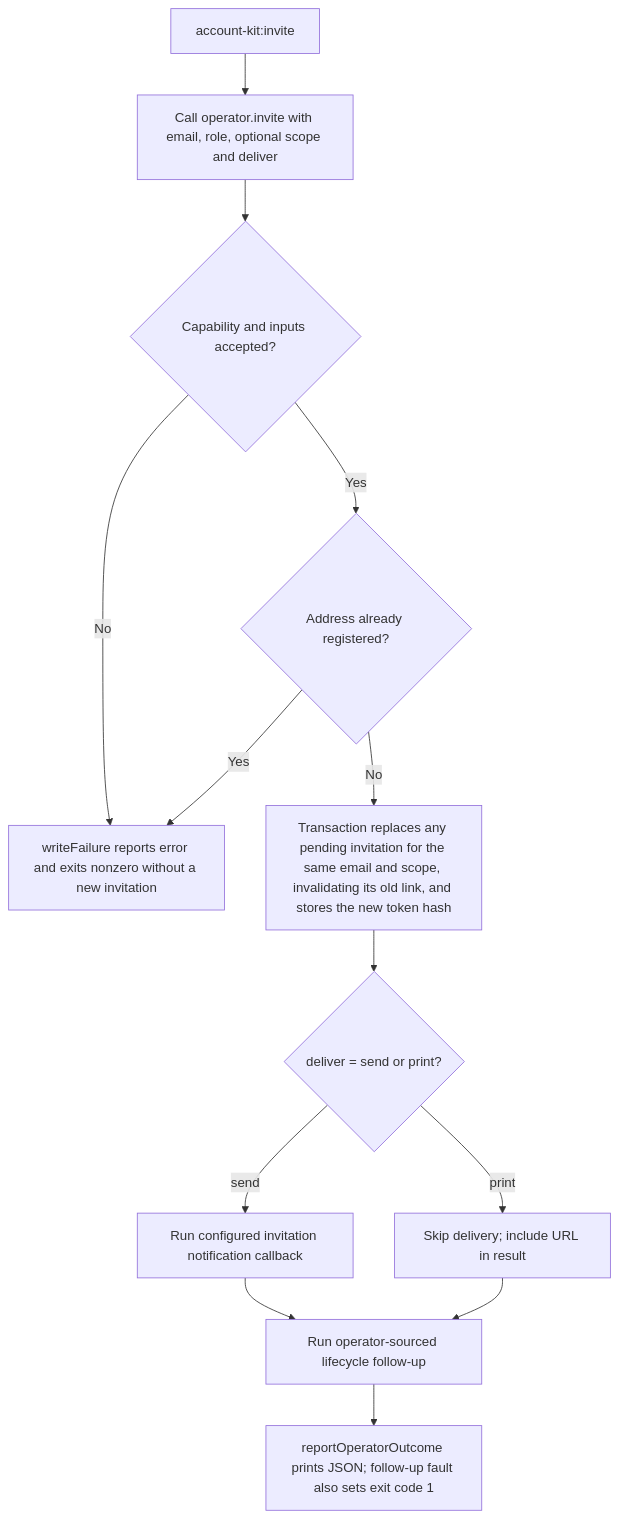
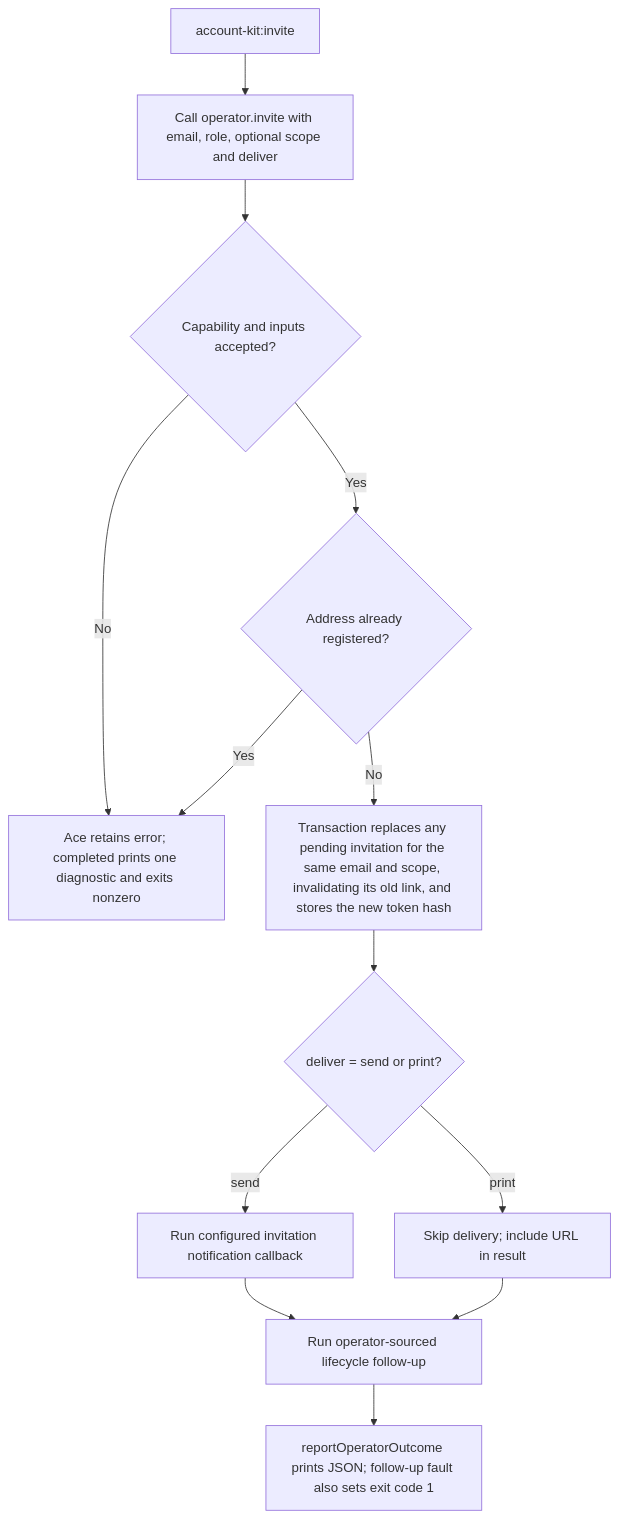
The second of 2 diagrams in user-stories/US-ACCOUNT-36-use-operator-account-commands.md (Kevinjohn/oss-adonisjs-account-kit), drawn with Mermaid before and after one commit. The commit also changed other lines of this file and 21 other files, not shown here.

````diff
--- a/user-stories/US-ACCOUNT-36-use-operator-account-commands.md
+++ b/user-stories/US-ACCOUNT-36-use-operator-account-commands.md
@@ -36,15 +37,15 @@
 ```mermaid
 flowchart TD
  A["account-kit:invite"] --> B["Call operator.invite with email, role, optional scope and deliver"]
  B --> I{"Capability and inputs accepted?"}
  I -->|No| B2
  I -->|Yes| B1{"Address already registered?"}
- B1 -->|Yes| B2["writeFailure reports error and exits nonzero without a new invitation"]
+ B1 -->|Yes| B2["Ace retains error; completed prints one diagnostic and exits nonzero"]
  B1 -->|No| C["Transaction replaces any pending invitation for the same email and scope, invalidating its old link, and stores the new token hash"]
  C --> D{"deliver = send or print?"}
  D -->|send| E["Run configured invitation notification callback"]
  D -->|print| F["Skip delivery; include URL in result"]
  E --> H["Run operator-sourced lifecycle follow-up"]
  F --> H
  H --> G["reportOperatorOutcome prints JSON; follow-up fault also sets exit code 1"]
 ```
````
